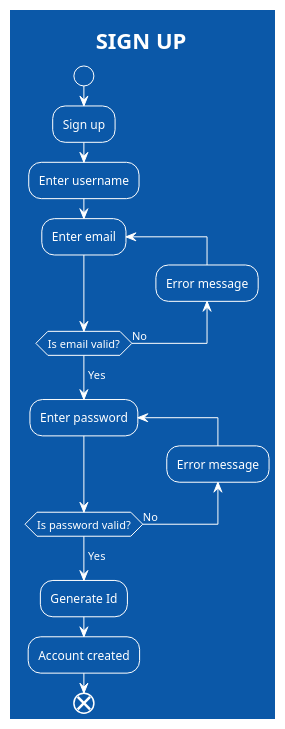
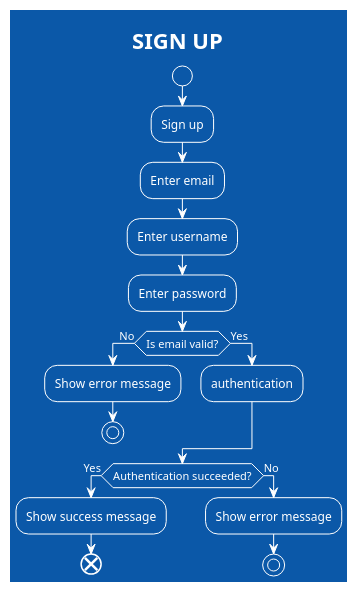
The third of 7 diagrams in flowcharts/flowchart-diagrams.md (Gabe-Alvess/LibraryAppDiagrams), drawn with PlantUML before and after one commit. The commit also changed other lines of this file and 2 other files, not shown here.

````diff
--- a/flowcharts/flowchart-diagrams.md
+++ b/flowcharts/flowchart-diagrams.md
@@ -64,25 +64,29 @@
 ```plantuml
 
 @startuml
 
 !theme amiga
 title SIGN UP
 
 start
 :Sign up;
+:Enter email;
 :Enter username;
-repeat:Enter email;
-backward:Error message;
-repeat while (Is email valid?) is (No)
-->Yes;
-repeat:Enter password;
-backward:Error message;
-repeat while (Is password valid?) is (No)
-->Yes;
-:Generate Id;
-:Account created;
-end
+:Enter password;
+if (Is email valid?) then (No)
+    :Show error message;
+    stop
+else (Yes)
+    :authentication;
+endif
+if (Authentication succeeded?) then (Yes)
+    :Show success message;
+    end
+else (No)
+    :Show error message;
+    stop
+endif
 
 @enduml
 
 ```
````
